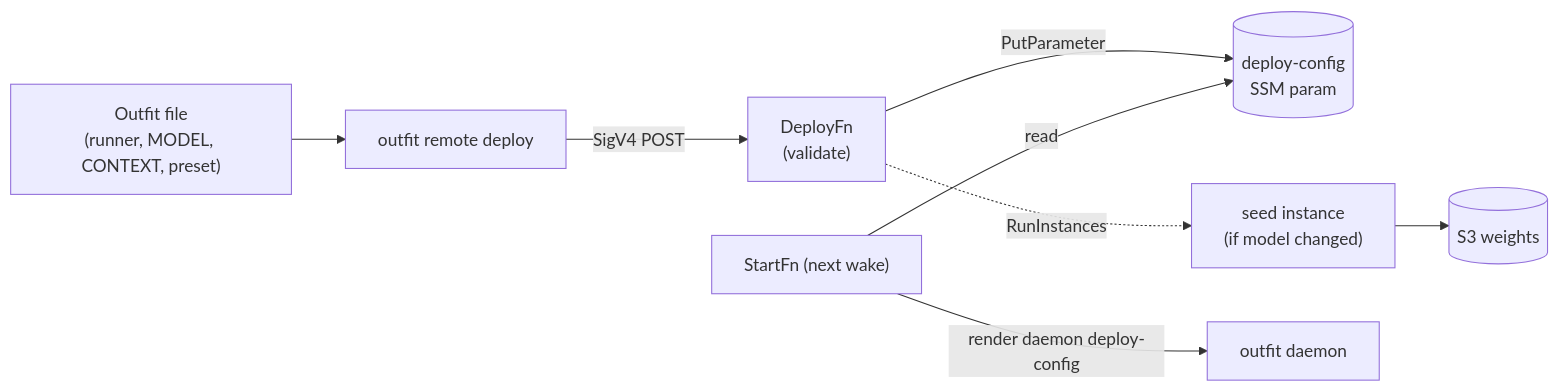
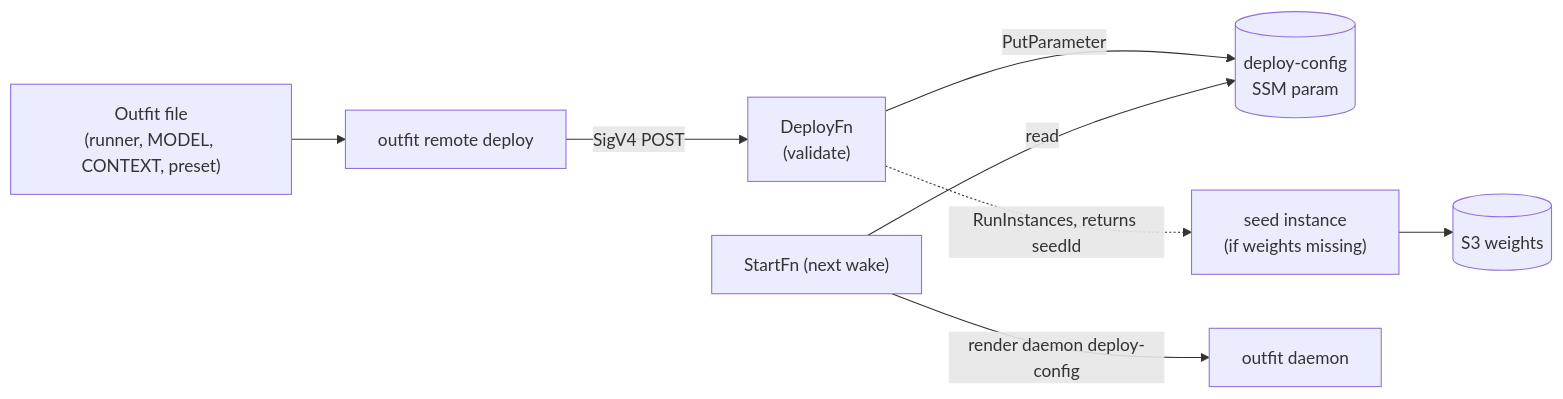
The second of 5 diagrams in remote/docs/architecture.md (lucinate-ai/outfit), drawn with Mermaid before and after one commit. The commit also changed other lines of this file and 58 other files, not shown here.

````diff
--- a/remote/docs/architecture.md
+++ b/remote/docs/architecture.md
@@ -86,15 +86,15 @@
 ```mermaid
 flowchart LR
   outfitfile["Outfit file<br/>(runner, MODEL, CONTEXT, preset)"]
   outfit["outfit remote deploy"]
   deploy["DeployFn<br/>(validate)"]
   param[("deploy-config<br/>SSM param")]
-  seed["seed instance<br/>(if model changed)"]
+  seed["seed instance<br/>(if weights missing)"]
   start["StartFn (next wake)"]
 
   outfitfile --> outfit -->|SigV4 POST| deploy
   deploy -->|PutParameter| param
-  deploy -.->|RunInstances| seed --> s3[("S3 weights")]
+  deploy -.->|RunInstances, returns seedId| seed --> s3[("S3 weights")]
   start -->|read| param
   start -->|render daemon deploy-config| unit["outfit daemon"]
 ```
````
